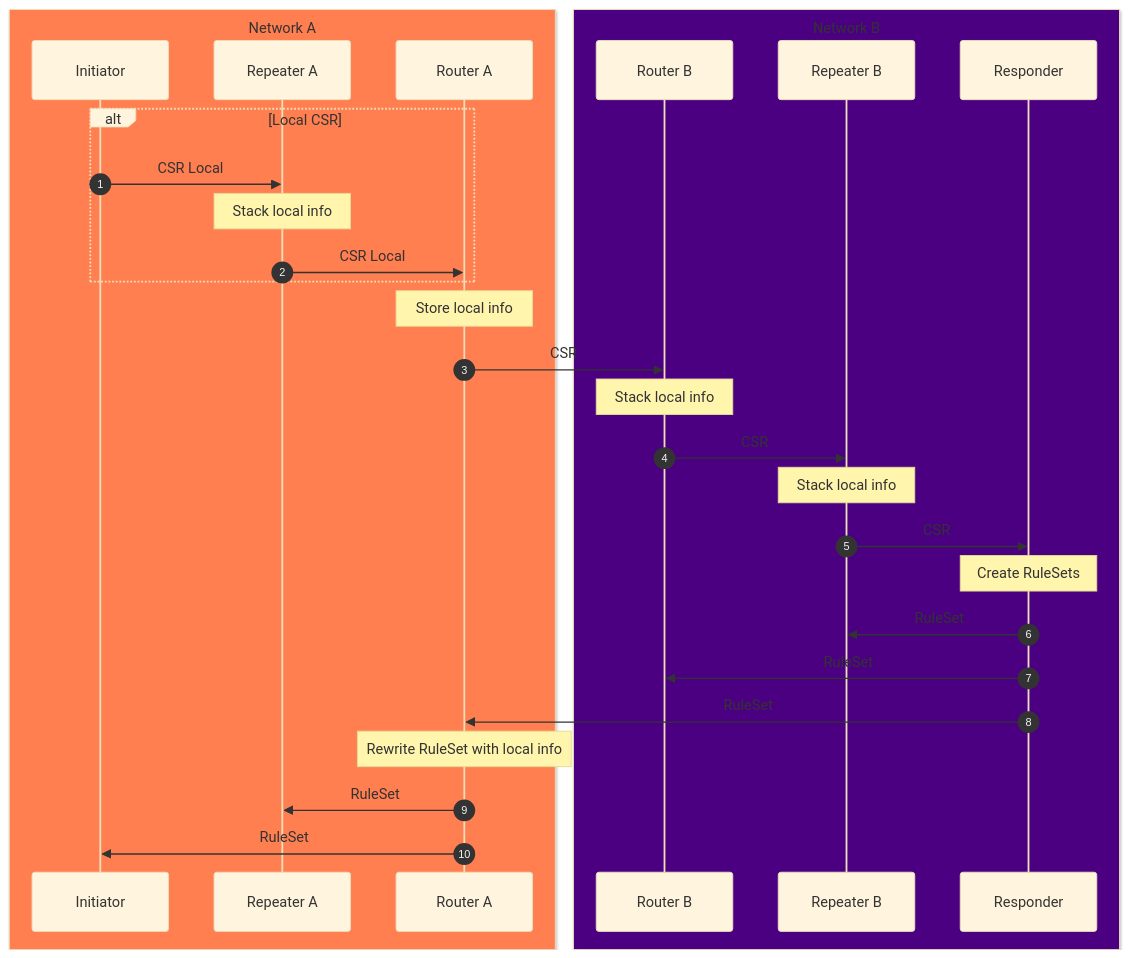
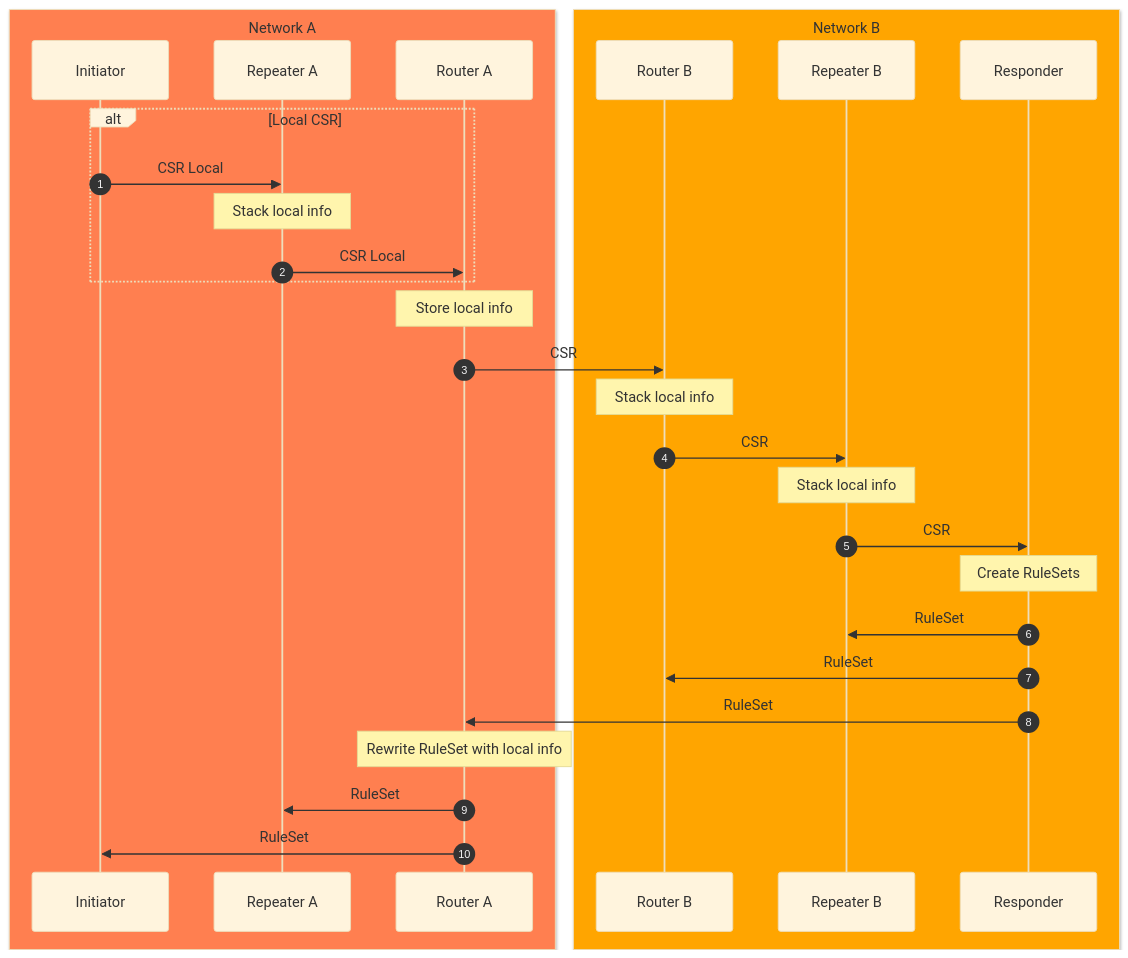
Before and after one commit to sfc-aqua/RuleSetSpec: the second of 3 diagrams in 2.1.1.ConnectionSetup.md, drawn with Mermaid (base theme). The commit also changed 1 other file, not shown here.

Commit message:
recolor diagrams

````diff
--- a/2.1.1.ConnectionSetup.md
+++ b/2.1.1.ConnectionSetup.md
@@ -184,38 +184,38 @@
 ```mermaid
 sequenceDiagram
     autonumber
     box Coral Network A
     participant ini as Initiator
     participant repa as Repeater A
     participant routa as Router A
     end
 
-    box Indigo Network B
+    box Orange Network B
     Participant routb as Router B
     Participant repb as Repeater B
     participant res as Responder
     end
 
     alt Local CSR
         ini ->> repa: CSR Local
         Note over repa: Stack local info
         repa ->> routa: CSR Local
     end
     Note over routa: Store local info
 
     routa ->> routb: CSR 
     Note over routb: Stack local info
     routb ->> repb: CSR
     Note over repb: Stack local info
     repb ->> res: CSR
 
     Note over res: Create RuleSets
 
     res ->> repb: RuleSet
     res ->> routb: RuleSet
     res ->> routa: RuleSet
 
     Note over routa: Rewrite RuleSet with local info
     routa ->> repa: RuleSet
     routa ->> ini: RuleSet
 ```
````
